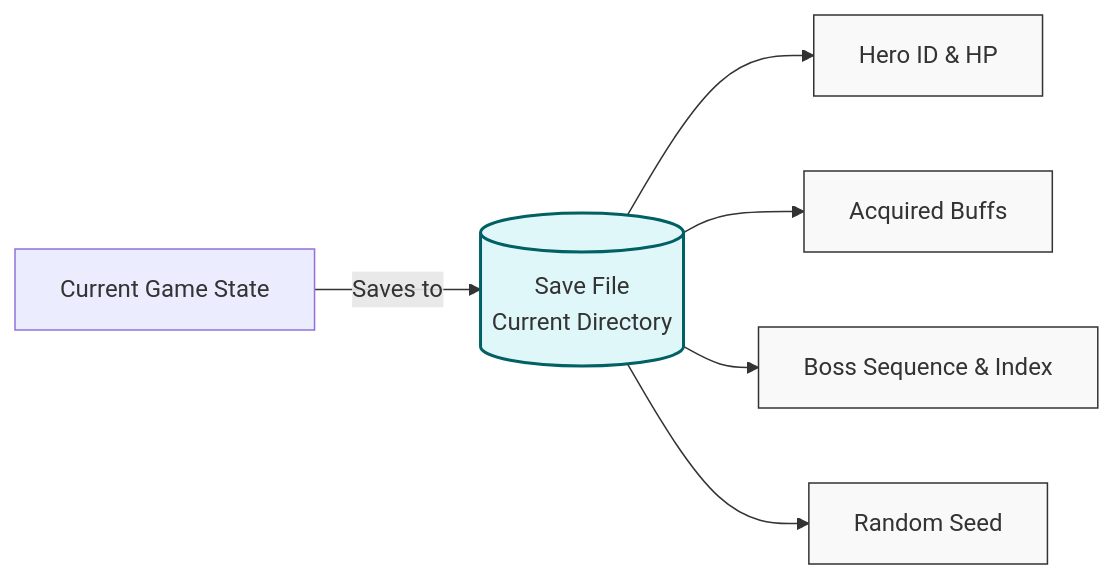
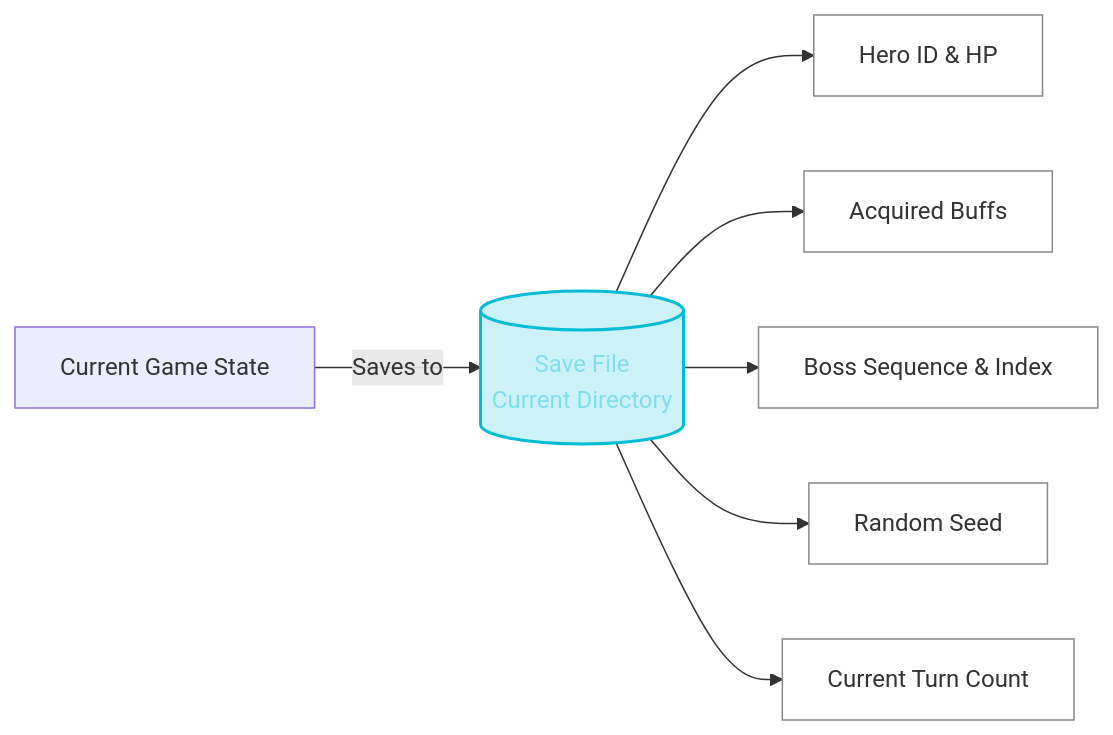
The second of 2 diagrams in README.md (IcyCrucifix/COMP2113_Group66), drawn with Mermaid before and after one commit. The commit also changed other lines of this file, not shown here.

Commit message:
Refactor Mermaid diagram and class definitions in README

````diff
--- a/README.md
+++ b/README.md
@@ -226,13 +226,16 @@
 ```mermaid
 graph LR
     A[Current Game State] -->|Saves to| B[(Save File<br>Current Directory)]
     B --> C[Hero ID & HP]
     B --> D[Acquired Buffs]
     B --> E[Boss Sequence & Index]
     B --> F[Random Seed]
-    
-    classDef file fill:#e0f7fa,stroke:#006064,stroke-width:2px;
-    classDef data fill:#f9f9f9,stroke:#333,stroke-width:1px;
+    B --> G[Current Turn Count]
+
+
+    classDef file fill:#00bcd433,stroke:#00bcd4,stroke-width:2px,color:#80deea;
+    classDef data fill:#ffffff11,stroke:#888888,stroke-width:1px;
+
     class B file;
-    class C,D,E,F data;
+    class C,D,E,F,G data;
 ```
````
